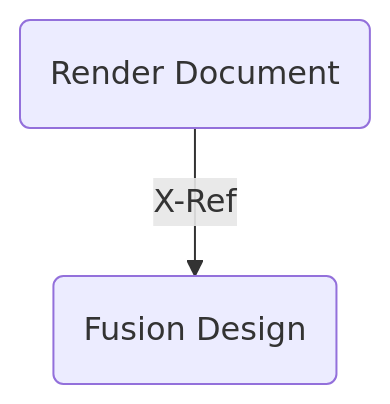
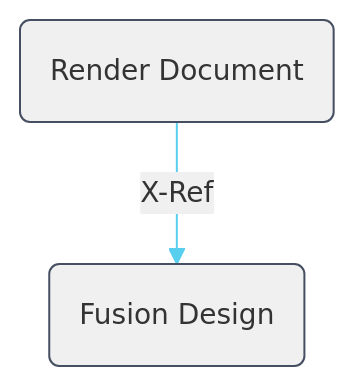
Before and after one commit to schneik80/Fusion-Create-Discipline-Document: the fourth of 4 diagrams in README.md, drawn with Mermaid. The commit also changed other lines of this file, not shown here.

````diff
--- a/README.md
+++ b/README.md
@@ -47,9 +115,22 @@
 ```mermaid
+%%{
+init: {
+'theme':'base',
+'themeVariables': {
+'primaryColor': '#f0f0f0',
+'primaryBorderColor': '#454F61',
+'lineColor': '#59cff0',
+'tertiaryColor': '#e1ecf5',
+'fontSize': '14px'
+}
+}
+}%%
+
 graph TD
 
 A(Fusion Design)
 B(Render Document)
 
 B --"X-Ref"--> A
 
 ```
````
